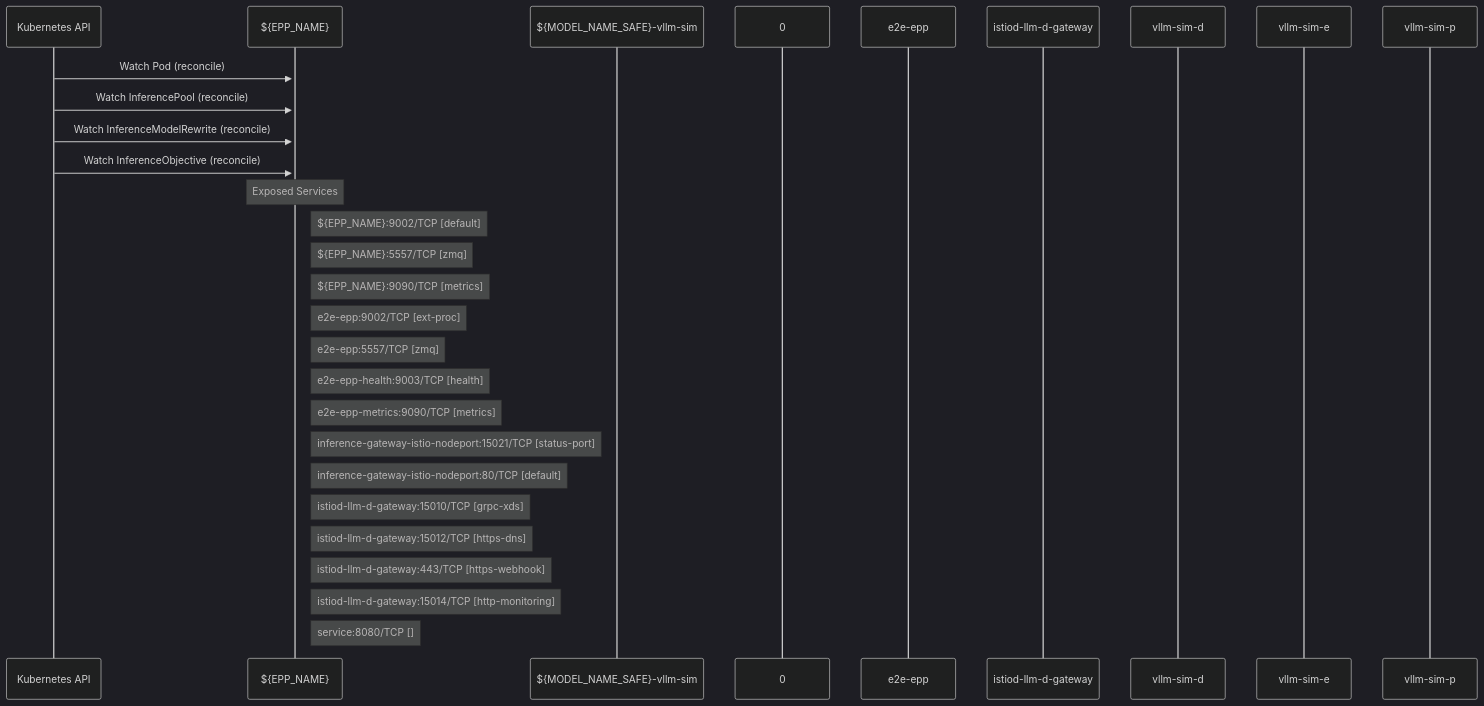
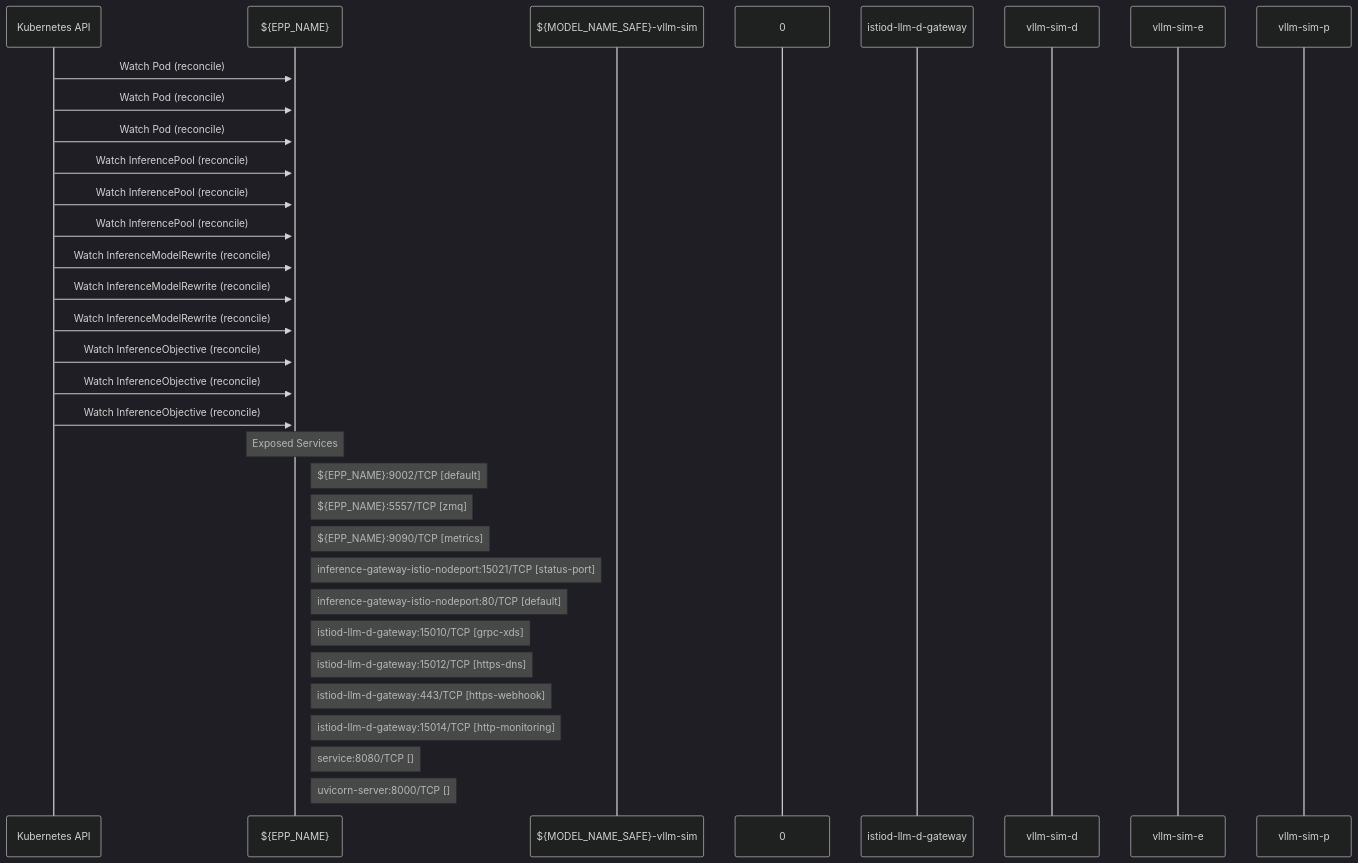
The diagram in site/docs/use-cases/odh-platform/components/llm_d_inference_scheduler/dataflow.md (ugiordan/rhoai-architecture-analyzer), drawn with Mermaid (dark theme) before and after one commit. The commit also changed other lines of this file and 402 other files, not shown here.

````diff
--- a/site/docs/use-cases/odh-platform/components/llm_d_inference_scheduler/dataflow.md
+++ b/site/docs/use-cases/odh-platform/components/llm_d_inference_scheduler/dataflow.md
@@ -18,35 +26,39 @@
 ```mermaid
 sequenceDiagram
     %% Static dataflow for llm-d-inference-scheduler
 
     participant KubernetesAPI as Kubernetes API
     participant n___EPP_NAME_ as ${EPP_NAME}
     participant n___MODEL_NAME_SAFE__vllm_sim as ${MODEL_NAME_SAFE}-vllm-sim
     participant n_0 as 0
-    participant e2e_epp as e2e-epp
     participant istiod_llm_d_gateway as istiod-llm-d-gateway
     participant vllm_sim_d as vllm-sim-d
     participant vllm_sim_e as vllm-sim-e
     participant vllm_sim_p as vllm-sim-p
 
     KubernetesAPI->>+n___EPP_NAME_: Watch Pod (reconcile)
+    KubernetesAPI->>+n___EPP_NAME_: Watch Pod (reconcile)
+    KubernetesAPI->>+n___EPP_NAME_: Watch Pod (reconcile)
+    KubernetesAPI->>+n___EPP_NAME_: Watch InferencePool (reconcile)
+    KubernetesAPI->>+n___EPP_NAME_: Watch InferencePool (reconcile)
     KubernetesAPI->>+n___EPP_NAME_: Watch InferencePool (reconcile)
     KubernetesAPI->>+n___EPP_NAME_: Watch InferenceModelRewrite (reconcile)
+    KubernetesAPI->>+n___EPP_NAME_: Watch InferenceModelRewrite (reconcile)
+    KubernetesAPI->>+n___EPP_NAME_: Watch InferenceModelRewrite (reconcile)
+    KubernetesAPI->>+n___EPP_NAME_: Watch InferenceObjective (reconcile)
+    KubernetesAPI->>+n___EPP_NAME_: Watch InferenceObjective (reconcile)
     KubernetesAPI->>+n___EPP_NAME_: Watch InferenceObjective (reconcile)
 
     Note over n___EPP_NAME_: Exposed Services
     Note right of n___EPP_NAME_: ${EPP_NAME}:9002/TCP [default]
     Note right of n___EPP_NAME_: ${EPP_NAME}:5557/TCP [zmq]
     Note right of n___EPP_NAME_: ${EPP_NAME}:9090/TCP [metrics]
-    Note right of n___EPP_NAME_: e2e-epp:9002/TCP [ext-proc]
-    Note right of n___EPP_NAME_: e2e-epp:5557/TCP [zmq]
-    Note right of n___EPP_NAME_: e2e-epp-health:9003/TCP [health]
-    Note right of n___EPP_NAME_: e2e-epp-metrics:9090/TCP [metrics]
     Note right of n___EPP_NAME_: inference-gateway-istio-nodeport:15021/TCP [status-port]
     Note right of n___EPP_NAME_: inference-gateway-istio-nodeport:80/TCP [default]
     Note right of n___EPP_NAME_: istiod-llm-d-gateway:15010/TCP [grpc-xds]
     Note right of n___EPP_NAME_: istiod-llm-d-gateway:15012/TCP [https-dns]
     Note right of n___EPP_NAME_: istiod-llm-d-gateway:443/TCP [https-webhook]
     Note right of n___EPP_NAME_: istiod-llm-d-gateway:15014/TCP [http-monitoring]
     Note right of n___EPP_NAME_: service:8080/TCP []
+    Note right of n___EPP_NAME_: uvicorn-server:8000/TCP []
 ```
````
